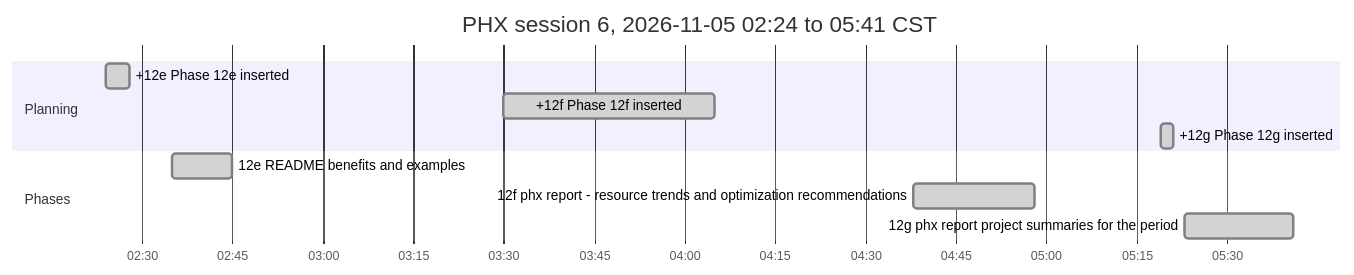
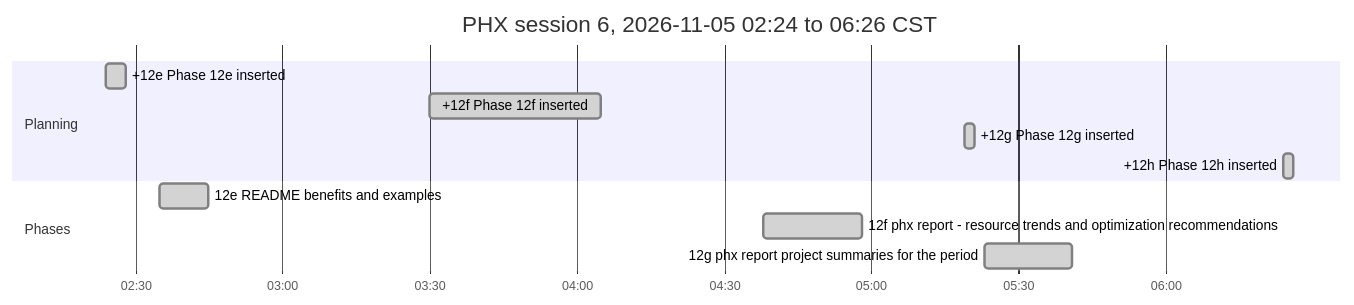
The sixth of 6 diagrams in docs/PHX_FINAL-REPORT.md (antonizick/PhaseHypervisor), drawn with Mermaid before and after one commit. The commit also changed other lines of this file and 4 other files, not shown here.

Commit message:
docs(plan): add phase 12h (phx report saves by default)

````diff
--- a/docs/PHX_FINAL-REPORT.md
+++ b/docs/PHX_FINAL-REPORT.md
@@ -162,14 +162,15 @@
 ```mermaid
 gantt
-    title PHX session 6, 2026-11-05 02:24 to 05:41 CST
+    title PHX session 6, 2026-11-05 02:24 to 06:26 CST
     dateFormat YYYY-MM-DD HH:mm
     axisFormat %H:%M
     section Planning
     +12e Phase 12e inserted :done, plan4, 2026-11-05 02:24, 2026-11-05 02:28
     +12f Phase 12f inserted :done, plan5, 2026-11-05 03:30, 2026-11-05 04:05
     +12g Phase 12g inserted :done, plan6, 2026-11-05 05:19, 2026-11-05 05:21
+    +12h Phase 12h inserted :done, plan7, 2026-11-05 06:24, 2026-11-05 06:26
     section Phases
     12e README benefits and examples :done, p12es6, 2026-11-05 02:35, 2026-11-05 02:45
     12f phx report - resource trends and optimization recommendations :done, p12fs6, 2026-11-05 04:38, 2026-11-05 04:58
     12g phx report project summaries for the period :done, p12gs6, 2026-11-05 05:23, 2026-11-05 05:41
 ```
````
